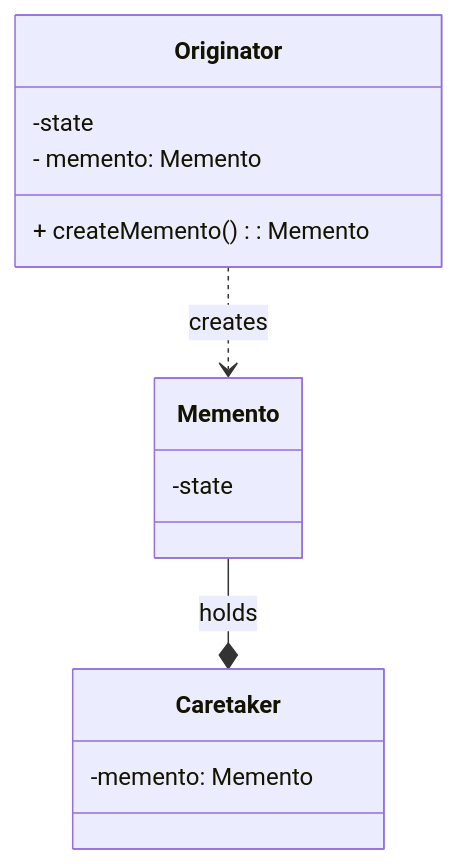
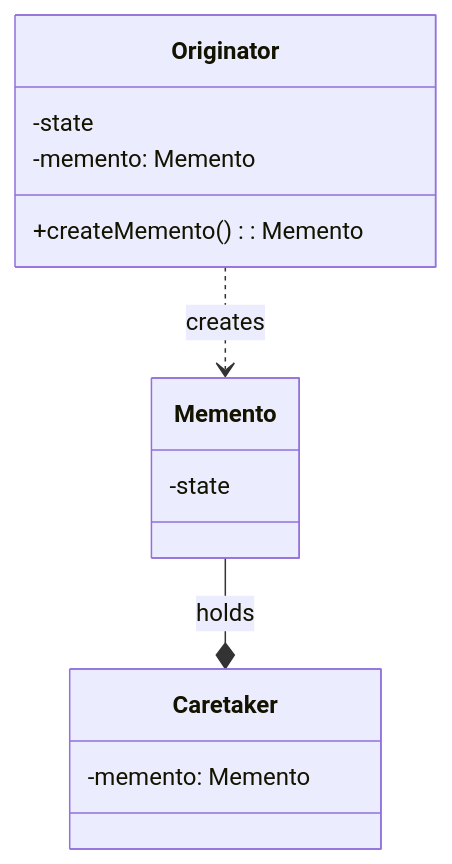
One commit to EliFuzz/tech-labs changed diagram 18 of 23 in docs/education/03-design-patterns/05-gof.mdx. Above: the diagram before and after it, drawn with Mermaid. The commit also changed other lines of this file and 2 other files, not shown here.

````diff
--- a/docs/education/03-design-patterns/05-gof.mdx
+++ b/docs/education/03-design-patterns/05-gof.mdx
@@ -556,17 +644,19 @@
           ```mermaid
           classDiagram
           direction TB
+
           class Caretaker {
-          -memento: Memento
-        }
+            -memento: Memento
+          }
           class Memento {
-          -state
-        }
+            -state
+          }
           class Originator {
             -state
-            - memento: Memento
-          + createMemento(): Memento
-        }
+            -memento: Memento
+            +createMemento(): Memento
+          }
+
           Originator ..> Memento : creates
           Memento --* Caretaker : holds
           ```
````
